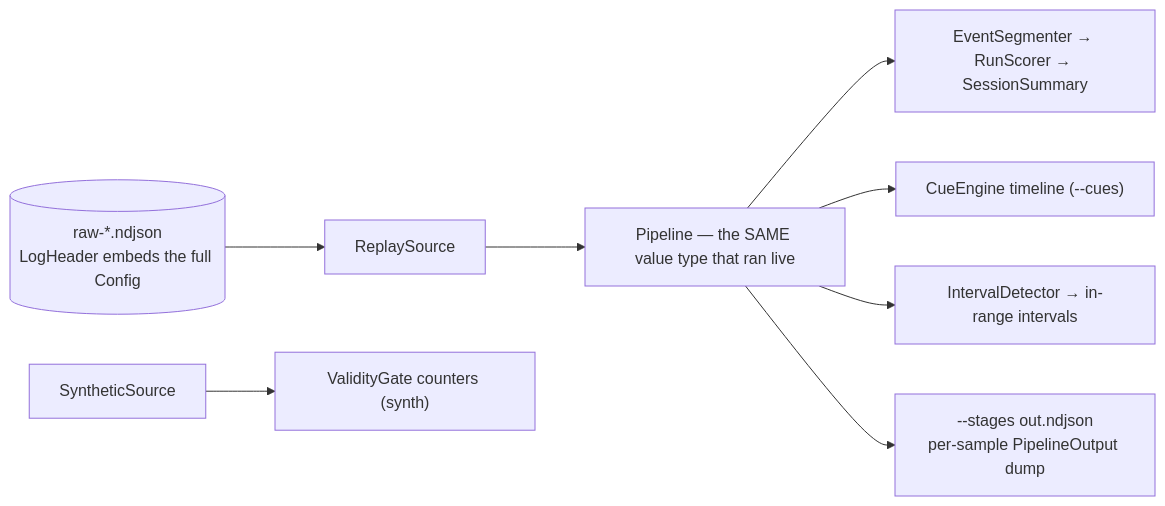
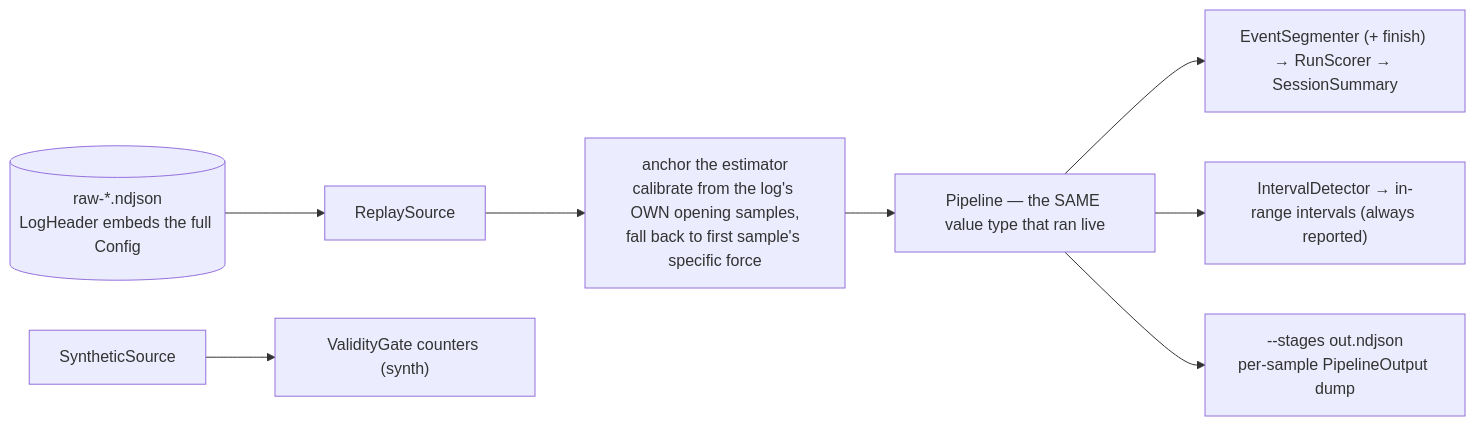
Before and after one commit to Adeesh-devanand/motorcycle-wheelie-app: the third of 3 diagrams in docs/architecture.md, drawn with Mermaid. The commit also changed other lines of this file and 36 other files, not shown here.

````diff
--- a/docs/architecture.md
+++ b/docs/architecture.md
@@ -139,10 +202,10 @@
 ```mermaid
 flowchart LR
     LOG[("raw-*.ndjson<br/>LogHeader embeds the full Config")] --> RS["ReplaySource"]
-    RS --> PL["Pipeline — the SAME value type that ran live"]
-    PL --> SEG2["EventSegmenter → RunScorer → SessionSummary"]
-    PL --> CE2["CueEngine timeline (--cues)"]
-    PL --> IVL["IntervalDetector → in-range intervals"]
+    RS --> AN["anchor the estimator<br/>calibrate from the log's OWN opening samples,<br/>fall back to first sample's specific force"]
+    AN --> PL["Pipeline — the SAME value type that ran live"]
+    PL --> SEG2["EventSegmenter (+ finish) → RunScorer → SessionSummary"]
+    PL --> IVL["IntervalDetector → in-range intervals (always reported)"]
     PL --> STG["--stages out.ndjson<br/>per-sample PipelineOutput dump"]
     SYN["SyntheticSource"] --> GATE["ValidityGate counters (synth)"]
 ```
````
